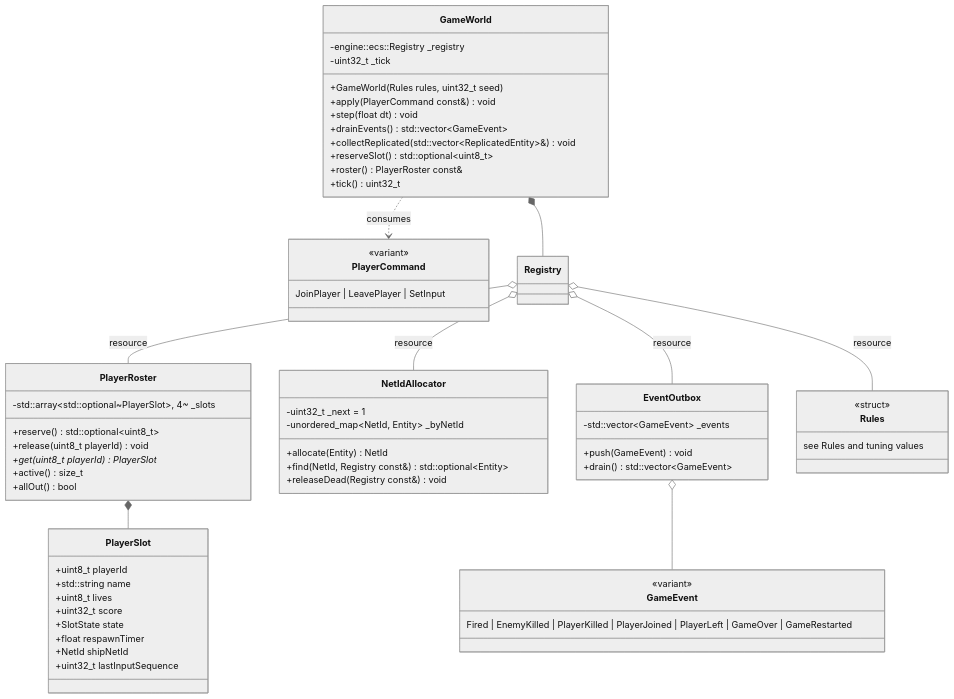
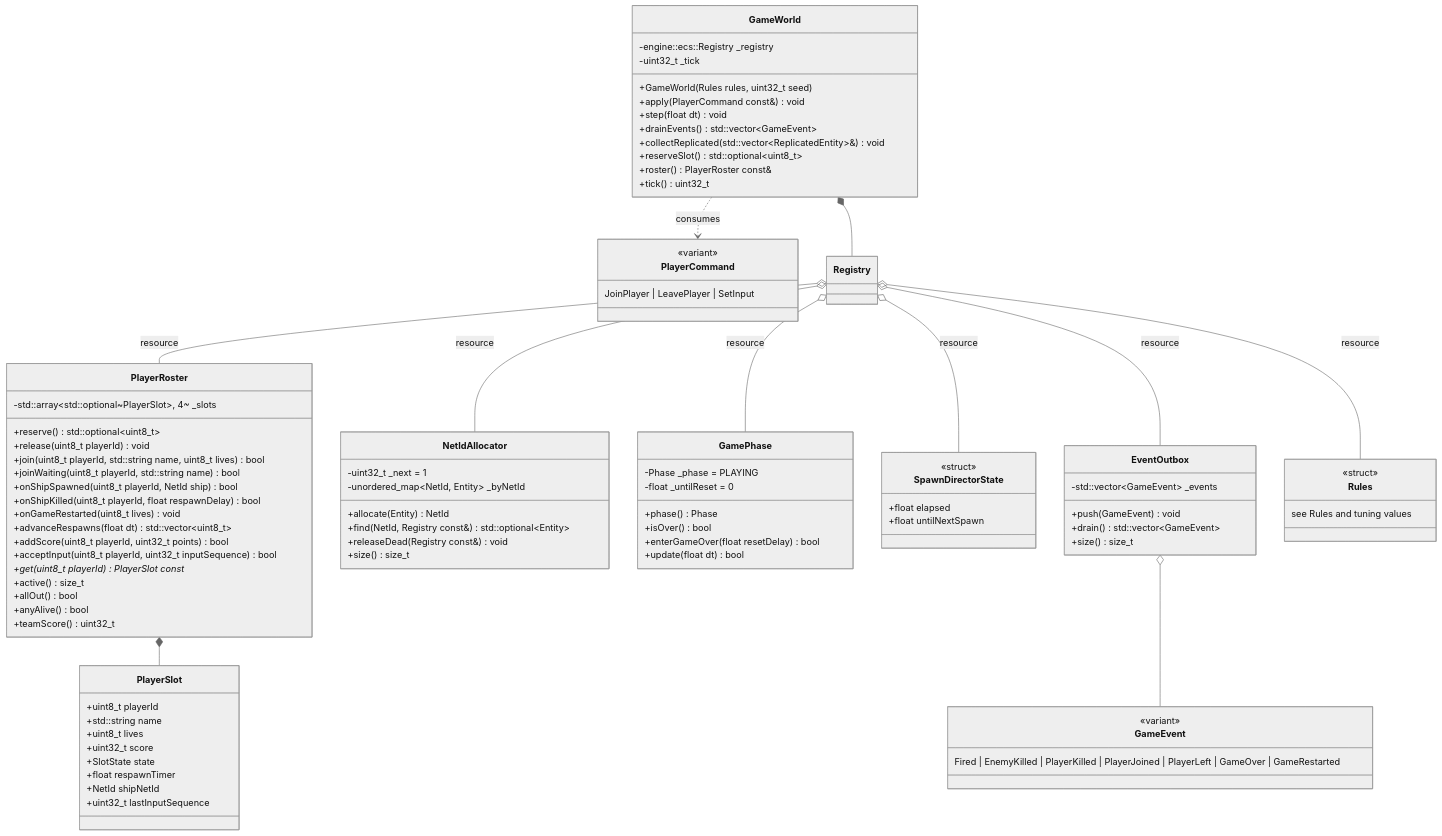
The first of 2 diagrams in docs/modules/game.md (janumaruku/r-type), drawn with Mermaid (neutral theme) before and after one commit. The commit also changed other lines of this file, not shown here.

Commit message:
docs(game): RTP-95 #comment Document GamePhase, SpawnDirectorState and PlayerRoster's transitions in game.md, with the slot state diagram, the transitions table and the rule that only these two classes change states

```diff
--- a/docs/modules/game.md
+++ b/docs/modules/game.md
@@ -71,9 +71,19 @@
         -std::array~std::optional~PlayerSlot~, 4~ _slots
         +reserve() std::optional~uint8_t~
         +release(uint8_t playerId) void
-        +get(uint8_t playerId) PlayerSlot*
+        +join(uint8_t playerId, std::string name, uint8_t lives) bool
+        +joinWaiting(uint8_t playerId, std::string name) bool
+        +onShipSpawned(uint8_t playerId, NetId ship) bool
+        +onShipKilled(uint8_t playerId, float respawnDelay) bool
+        +onGameRestarted(uint8_t lives) void
+        +advanceRespawns(float dt) std::vector~uint8_t~
+        +addScore(uint8_t playerId, uint32_t points) bool
+        +acceptInput(uint8_t playerId, uint32_t inputSequence) bool
+        +get(uint8_t playerId) PlayerSlot const*
         +active() size_t
         +allOut() bool
+        +anyAlive() bool
+        +teamScore() uint32_t
     }
     class PlayerSlot {
         +uint8_t playerId
@@ -91,11 +101,26 @@
         +allocate(Entity) NetId
         +find(NetId, Registry const&) std::optional~Entity~
         +releaseDead(Registry const&) void
+        +size() size_t
+    }
+    class GamePhase {
+        -Phase _phase = PLAYING
+        -float _untilReset = 0
+        +phase() Phase
+        +isOver() bool
+        +enterGameOver(float resetDelay) bool
+        +update(float dt) bool
+    }
+    class SpawnDirectorState {
+        <<struct>>
+        +float elapsed
+        +float untilNextSpawn
     }
     class EventOutbox {
         -std::vector~GameEvent~ _events
         +push(GameEvent) void
         +drain() std::vector~GameEvent~
+        +size() size_t
     }
     class PlayerCommand {
         <<variant>>
@@ -113,6 +138,8 @@
     Registry o-- PlayerRoster : resource
     Registry o-- NetIdAllocator : resource
     Registry o-- EventOutbox : resource
+    Registry o-- GamePhase : resource
+    Registry o-- SpawnDirectorState : resource
     Registry o-- Rules : resource
     PlayerRoster *-- PlayerSlot
     GameWorld ..> PlayerCommand : consumes
```
